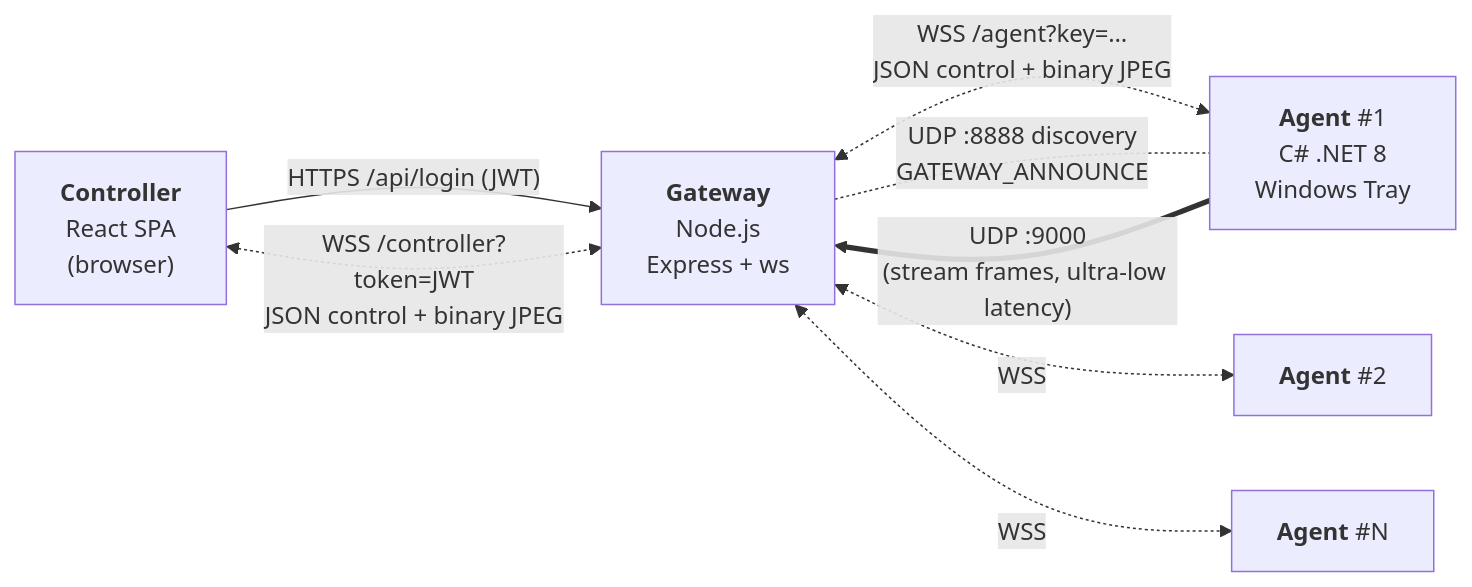
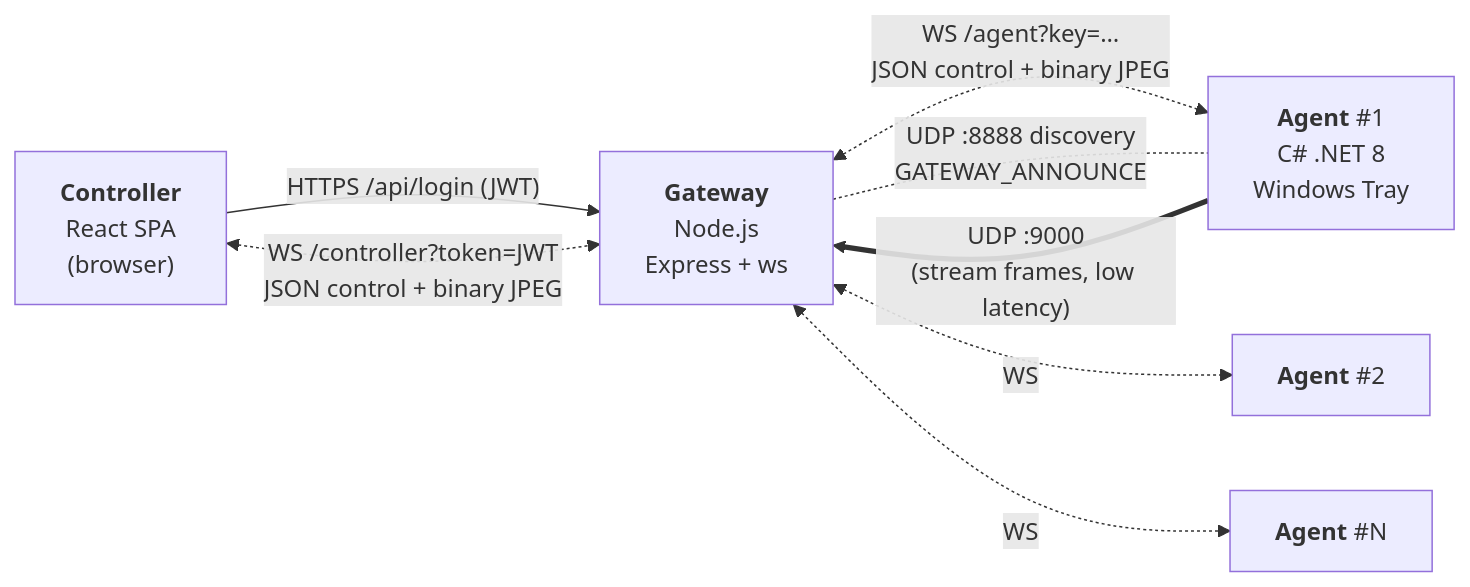
The diagram in ARCHITECTURE.md (HCMUS-computer-networking/remote-computer-control), drawn with Mermaid before and after one commit. The commit also changed other lines of this file and 17 other files, not shown here.

````diff
--- a/ARCHITECTURE.md
+++ b/ARCHITECTURE.md
@@ -9,16 +9,16 @@
 ```mermaid
 graph LR
     Controller["<b>Controller</b><br/>React SPA<br/>(browser)"]
     Gateway["<b>Gateway</b><br/>Node.js<br/>Express + ws"]
     Agent1["<b>Agent</b> #1<br/>C# .NET 8<br/>Windows Tray"]
     Agent2["<b>Agent</b> #2"]
     AgentN["<b>Agent</b> #N"]
 
     Controller -- "HTTPS /api/login (JWT)" --> Gateway
-    Controller <-. "WSS /controller?token=JWT<br/>JSON control + binary JPEG" .-> Gateway
-    Gateway <-. "WSS /agent?key=…<br/>JSON control + binary JPEG" .-> Agent1
-    Gateway <-. WSS .-> Agent2
-    Gateway <-. WSS .-> AgentN
-    Agent1 == "UDP :9000<br/>(stream frames, ultra-low latency)" ==> Gateway
+    Controller <-. "WS /controller?token=JWT<br/>JSON control + binary JPEG" .-> Gateway
+    Gateway <-. "WS /agent?key=…<br/>JSON control + binary JPEG" .-> Agent1
+    Gateway <-. WS .-> Agent2
+    Gateway <-. WS .-> AgentN
+    Agent1 == "UDP :9000<br/>(stream frames, low latency)" ==> Gateway
     Gateway -. "UDP :8888 discovery<br/>GATEWAY_ANNOUNCE" .- Agent1
 ```
````
